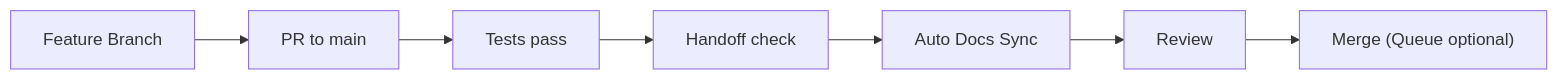
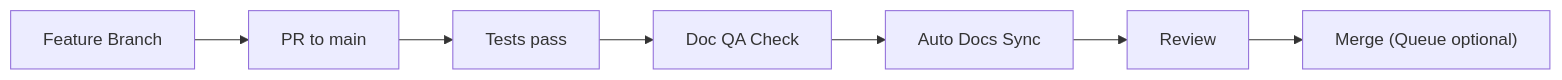
Before and after one commit to debian777/kairos-mcp: the sixth of 8 diagrams in .qoder/repowiki/en/content/Contributing & Development.md, drawn with Mermaid. The commit also changed other lines of this file and 3 other files, not shown here.

````diff
--- a/.qoder/repowiki/en/content/Contributing & Development.md
+++ b/.qoder/repowiki/en/content/Contributing & Development.md
@@ -248,9 +314,9 @@
 ```mermaid
 flowchart LR
 A["Feature Branch"] --> B["PR to main"]
 B --> C["Tests pass"]
-C --> D["Handoff check"]
+C --> D["Doc QA Check"]
 D --> E["Auto Docs Sync"]
 E --> F["Review"]
 F --> G["Merge (Queue optional)"]
 ```
````
